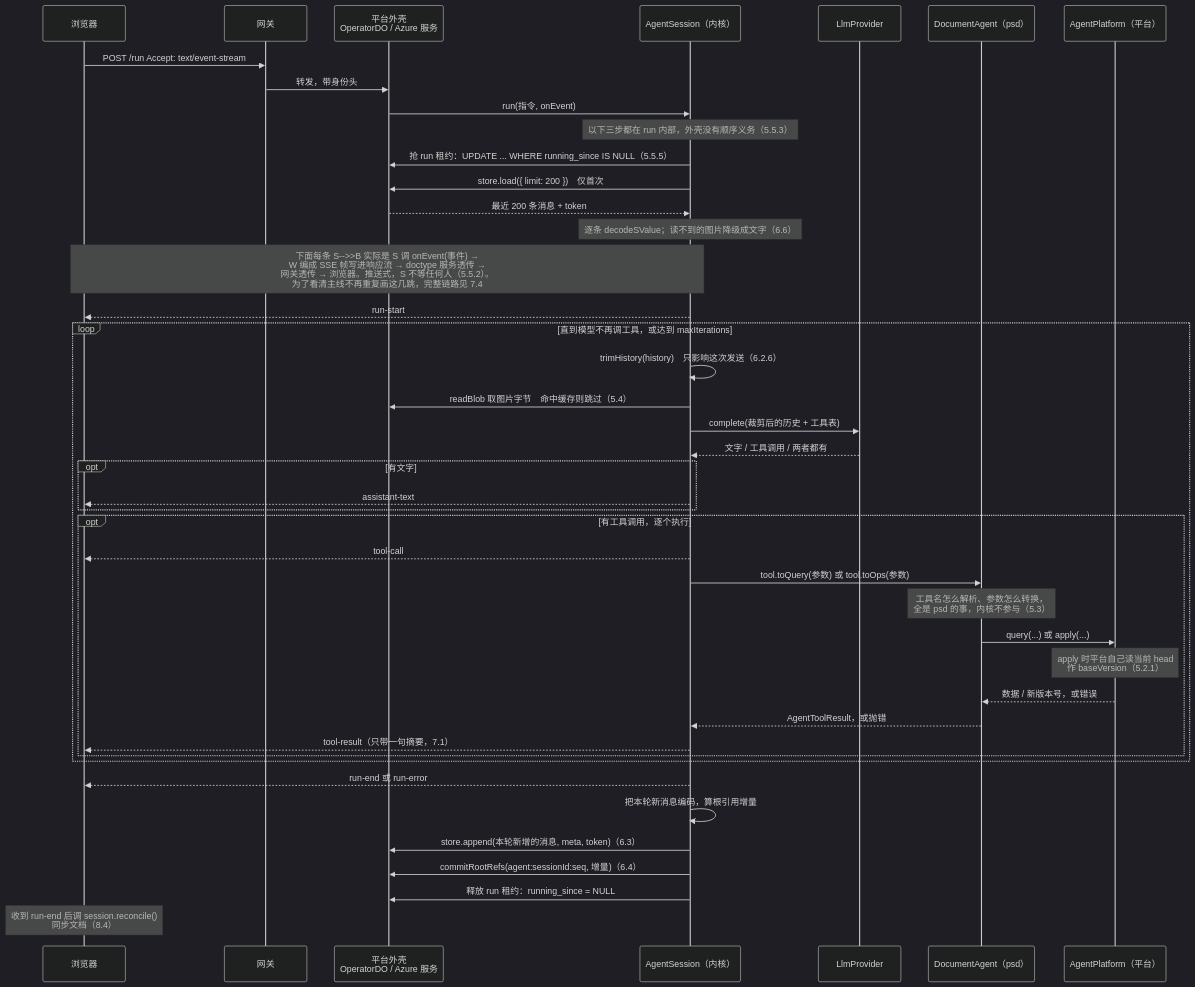
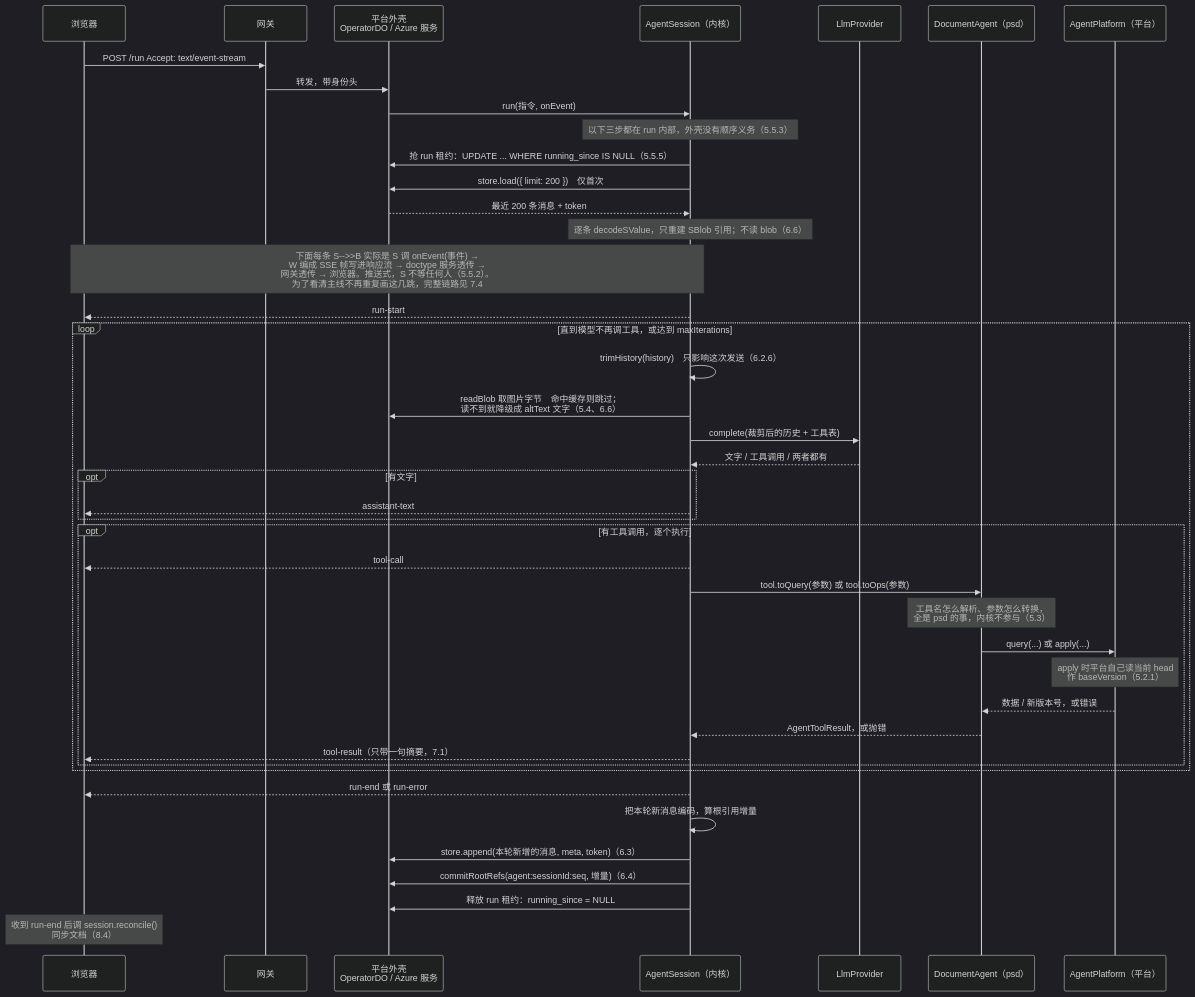
Diagram 14 of 18 in docs/superpowers/specs/2026-08-26-agent-sdk-design.md (shazhou-ww/unidocs), drawn with Mermaid (dark theme) before and after one commit. The commit also changed other lines of this file, not shown here.

````diff
--- a/docs/superpowers/specs/2026-08-26-agent-sdk-design.md
+++ b/docs/superpowers/specs/2026-08-26-agent-sdk-design.md
@@ -1353,53 +1416,53 @@
 ```mermaid
 sequenceDiagram
     participant B as 浏览器
     participant G as 网关
     participant W as 平台外壳<br/>OperatorDO / Azure 服务
     participant S as AgentSession（内核）
     participant L as LlmProvider
     participant A as DocumentAgent（psd）
     participant C as AgentPlatform（平台）
 
     B->>G: POST /run  Accept: text/event-stream
     G->>W: 转发，带身份头
 
     W->>S: run(指令, onEvent)
     Note over S: 以下三步都在 run 内部，外壳没有顺序义务（5.5.3）
     S->>W: 抢 run 租约：UPDATE ... WHERE running_since IS NULL（5.5.5）
     S->>W: store.load({ limit: 200 })　仅首次
     W-->>S: 最近 200 条消息 + token
-    Note over S: 逐条 decodeSValue；读不到的图片降级成文字（6.6）
+    Note over S: 逐条 decodeSValue，只重建 SBlob 引用；不读 blob（6.6）
 
     Note over S,B: 下面每条 S-->>B 实际是 S 调 onEvent(事件) →<br/>W 编成 SSE 帧写进响应流 → doctype 服务透传 →<br/>网关透传 → 浏览器。推送式，S 不等任何人（5.5.2）。<br/>为了看清主线不再重复画这几跳，完整链路见 7.4
     S-->>B: run-start
 
     loop 直到模型不再调工具，或达到 maxIterations
         S->>S: trimHistory(history)　只影响这次发送（6.2.6）
-        S->>W: readBlob 取图片字节　命中缓存则跳过（5.4）
+        S->>W: readBlob 取图片字节　命中缓存则跳过；<br/>读不到就降级成 altText 文字（5.4、6.6）
         S->>L: complete(裁剪后的历史 + 工具表)
         L-->>S: 文字 / 工具调用 / 两者都有
 
         opt 有文字
             S-->>B: assistant-text
         end
 
         opt 有工具调用，逐个执行
             S-->>B: tool-call
             S->>A: tool.toQuery(参数) 或 tool.toOps(参数)
             Note over A: 工具名怎么解析、参数怎么转换，<br/>全是 psd 的事，内核不参与（5.3）
             A->>C: query(...) 或 apply(...)
             Note over C: apply 时平台自己读当前 head<br/>作 baseVersion（5.2.1）
             C-->>A: 数据 / 新版本号，或错误
             A-->>S: AgentToolResult，或抛错
             S-->>B: tool-result（只带一句摘要，7.1）
         end
     end
 
     S-->>B: run-end 或 run-error
 
     S->>S: 把本轮新消息编码，算根引用增量
     S->>W: store.append(本轮新增的消息, meta, token)（6.3）
     S->>W: commitRootRefs(agent:sessionId:seq, 增量)（6.4）
     S->>W: 释放 run 租约：running_since = NULL
     Note over B: 收到 run-end 后调 session.reconcile()<br/>同步文档（8.4）
 ```
````
